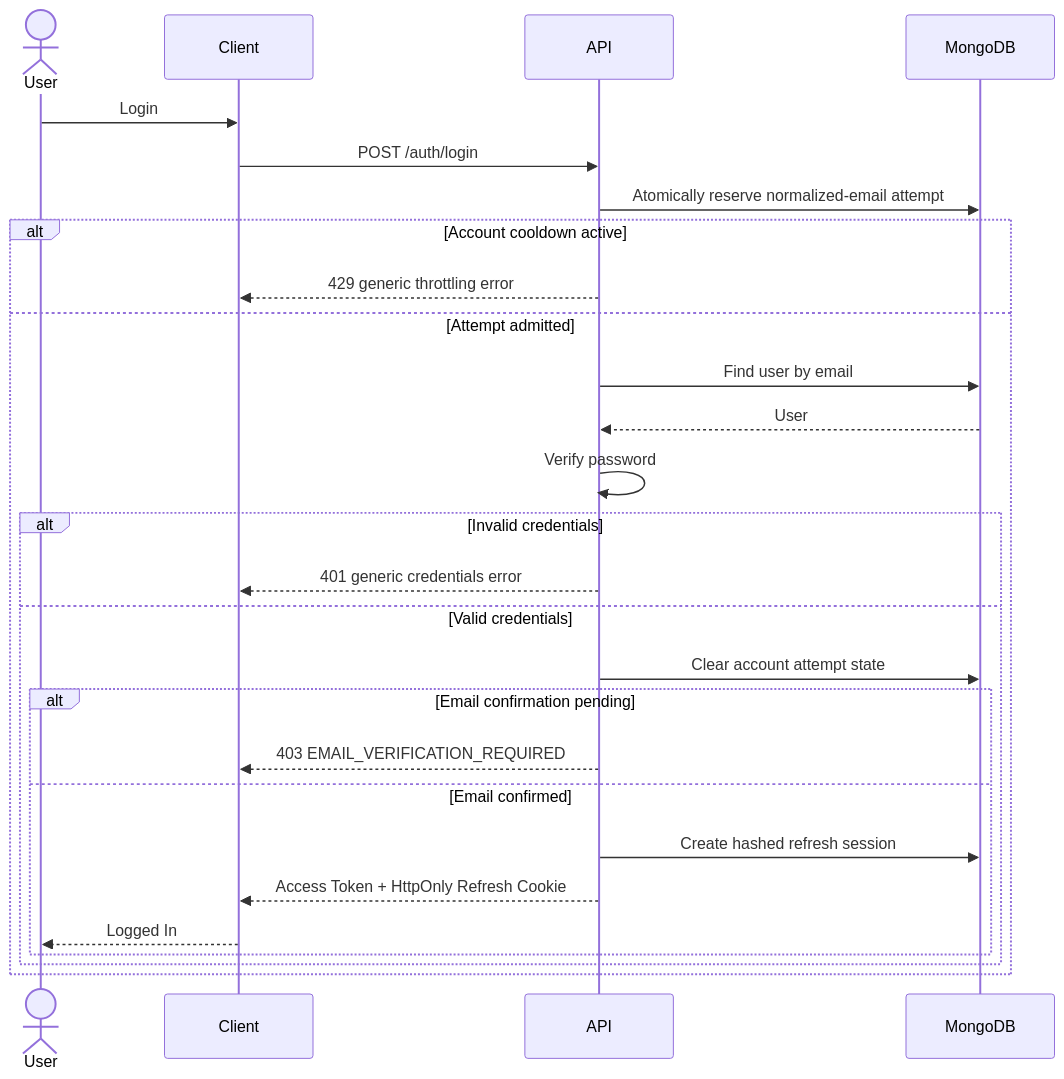
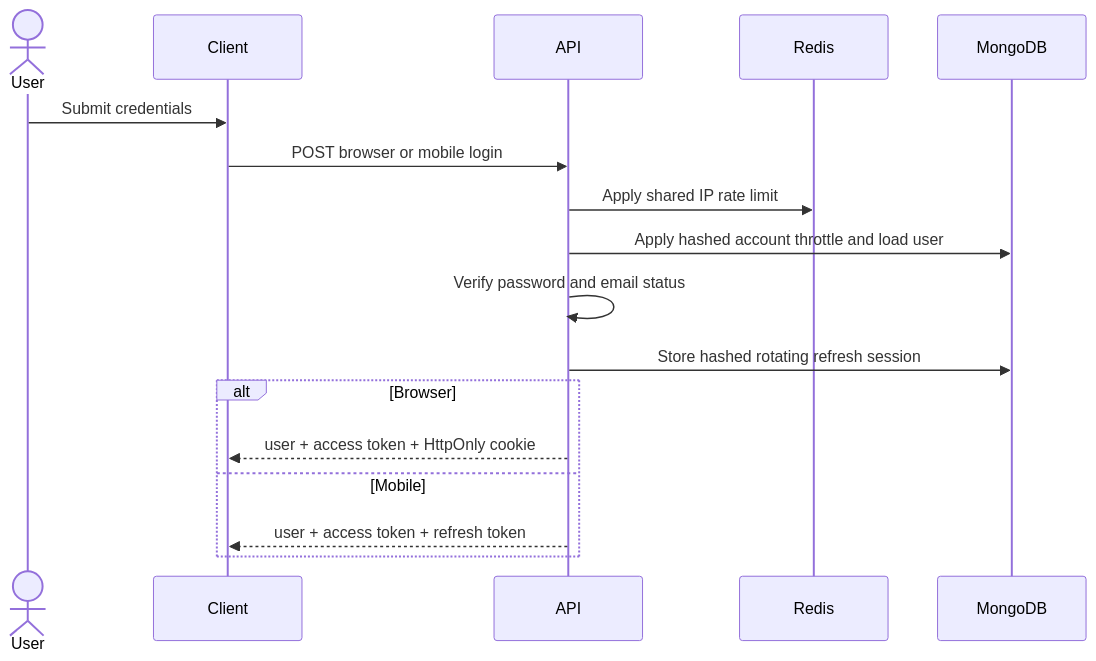
One commit to RamyMohamed47/intouch-docs changed the diagram in Diagrams/Sequence - Login.md. Above: the diagram before and after it, drawn with Mermaid. The commit also changed 80 other files, not shown here.

Commit message:
align documentation vault with current InTouch architecture

````diff
--- a/Diagrams/Sequence - Login.md
+++ b/Diagrams/Sequence - Login.md
@@ -1,109 +3,19 @@
-```mermaid
-
+~~~mermaid
 sequenceDiagram
-
-  
-
-    actor User
-
-  
-
-    participant Client
-
-  
-
-    participant API
-
-  
-
-    participant MongoDB
-
-  
-
-    User->>Client: Login
-
-  
-
-    Client->>API: POST /auth/login
-
-  
-
-    API->>MongoDB: Atomically reserve normalized-email attempt
-
-  
-
-    alt Account cooldown active
-
-  
-
-        API-->>Client: 429 generic throttling error
-
-  
-
-    else Attempt admitted
-
-  
-
-    API->>MongoDB: Find user by email
-
-  
-
-    MongoDB-->>API: User
-
-  
-
-    API->>API: Verify password
-
-  
-
-    alt Invalid credentials
-
-  
-
-        API-->>Client: 401 generic credentials error
-
-  
-
-    else Valid credentials
-
-  
-
-    API->>MongoDB: Clear account attempt state
-
-  
-
-    alt Email confirmation pending
-
-  
-
-        API-->>Client: 403 EMAIL_VERIFICATION_REQUIRED
-
-  
-
-    else Email confirmed
-
-  
-
-    API->>MongoDB: Create hashed refresh session
-
-  
-
-    API-->>Client: Access Token + HttpOnly Refresh Cookie
-
-  
-
-    Client-->>User: Logged In
-
-  
-
-    end
-
-  
-
-    end
-
-  
-
-    end
-
-```
+  actor User
+  participant Client
+  participant API
+  participant Redis
+  participant DB as MongoDB
+  User->>Client: Submit credentials
+  Client->>API: POST browser or mobile login
+  API->>Redis: Apply shared IP rate limit
+  API->>DB: Apply hashed account throttle and load user
+  API->>API: Verify password and email status
+  API->>DB: Store hashed rotating refresh session
+  alt Browser
+    API-->>Client: user + access token + HttpOnly cookie
+  else Mobile
+    API-->>Client: user + access token + refresh token
+  end
+~~~
````
